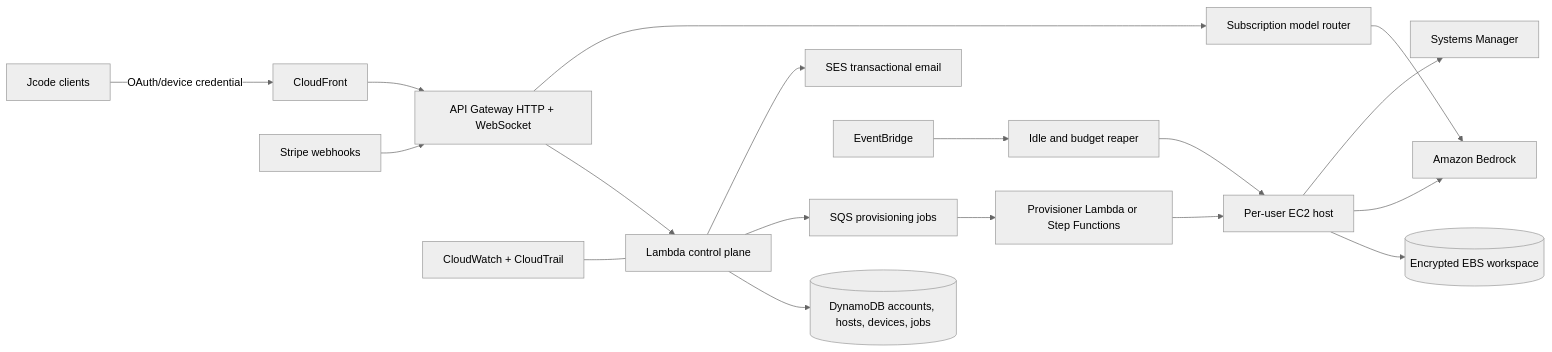
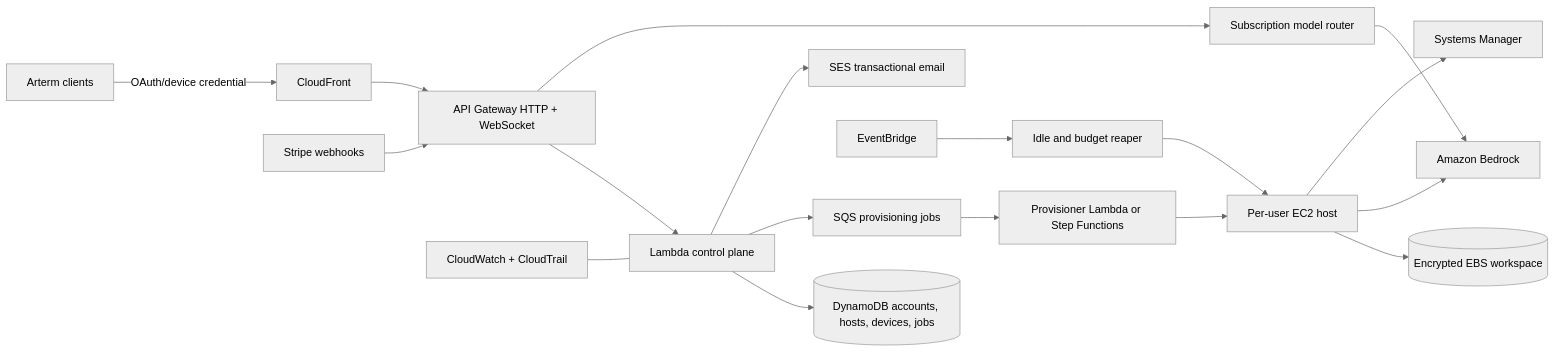
The diagram in rust/docs/JCODE_CLOUD_AWS.md (Arclude/Arterm-CLI), drawn with Mermaid (neutral theme) before and after one commit. The commit also changed other lines of this file and 2555 other files, not shown here.

First line of the commit message:
rebrand: jcode -> Arterm across the forked tree

````diff
--- a/rust/docs/JCODE_CLOUD_AWS.md
+++ b/rust/docs/JCODE_CLOUD_AWS.md
@@ -27,20 +27,20 @@
 ```mermaid
 flowchart LR
-  C[Jcode clients] -->|OAuth/device credential| CF[CloudFront]
+  C[Arterm clients] -->|OAuth/device credential| CF[CloudFront]
   CF --> APIGW[API Gateway HTTP + WebSocket]
   APIGW --> CP[Lambda control plane]
   CP --> DDB[(DynamoDB accounts, hosts, devices, jobs)]
   CP --> SQS[SQS provisioning jobs]
   SQS --> PROV[Provisioner Lambda or Step Functions]
   PROV --> EC2[Per-user EC2 host]
   EC2 --> EBS[(Encrypted EBS workspace)]
   EC2 --> BR[Amazon Bedrock]
   EC2 --> SSM[Systems Manager]
   APIGW --> ROUTER[Subscription model router]
   ROUTER --> BR
   EV[EventBridge] --> REAPER[Idle and budget reaper]
   REAPER --> EC2
   BILL[Stripe webhooks] --> APIGW
   CP --> SES[SES transactional email]
   LOG[CloudWatch + CloudTrail] --- CP
 ```
````
